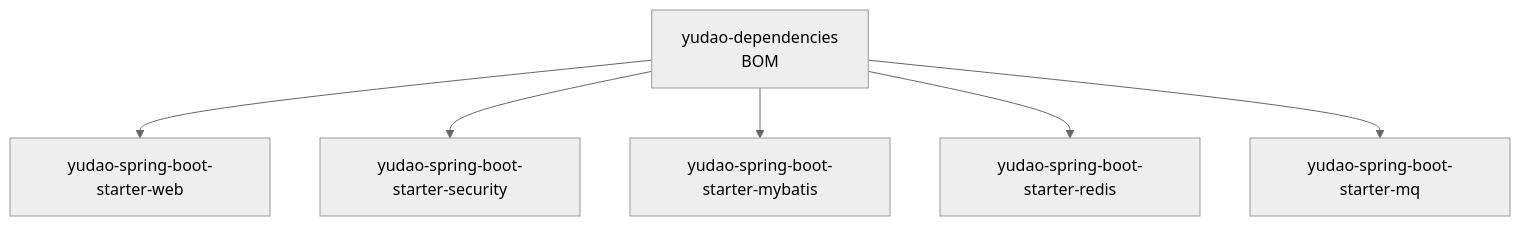
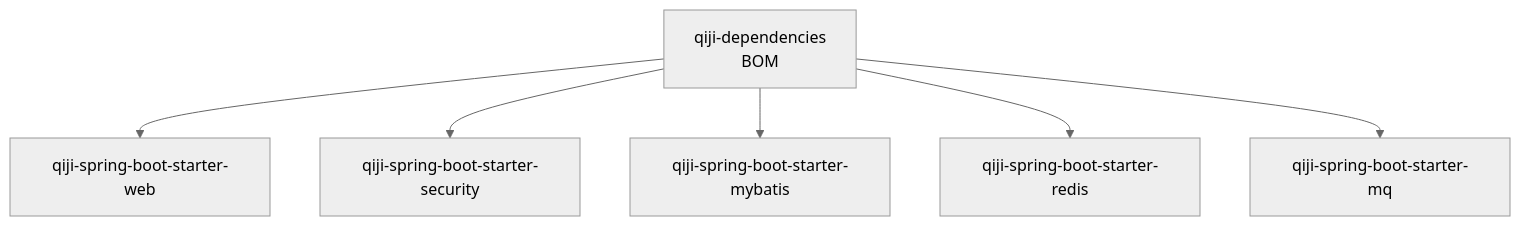
Diagram 11 of 11 in backend/.qoder/repowiki/zh/content/项目概述/技术栈概览.md (zhuangpengLI/AgenticCPS), drawn with Mermaid (neutral theme) before and after one commit. The commit also changed other lines of this file and 3489 other files, not shown here.

````diff
--- a/backend/.qoder/repowiki/zh/content/项目概述/技术栈概览.md
+++ b/backend/.qoder/repowiki/zh/content/项目概述/技术栈概览.md
@@ -341,14 +341,14 @@
 ```mermaid
 graph TB
-DEPS["yudao-dependencies<br/>BOM"]
-WEB["yudao-spring-boot-starter-web"]
-SEC["yudao-spring-boot-starter-security"]
-MYBATIS["yudao-spring-boot-starter-mybatis"]
-REDIS["yudao-spring-boot-starter-redis"]
-MQ["yudao-spring-boot-starter-mq"]
+DEPS["qiji-dependencies<br/>BOM"]
+WEB["qiji-spring-boot-starter-web"]
+SEC["qiji-spring-boot-starter-security"]
+MYBATIS["qiji-spring-boot-starter-mybatis"]
+REDIS["qiji-spring-boot-starter-redis"]
+MQ["qiji-spring-boot-starter-mq"]
 DEPS --> WEB
 DEPS --> SEC
 DEPS --> MYBATIS
 DEPS --> REDIS
 DEPS --> MQ
 ```
````
